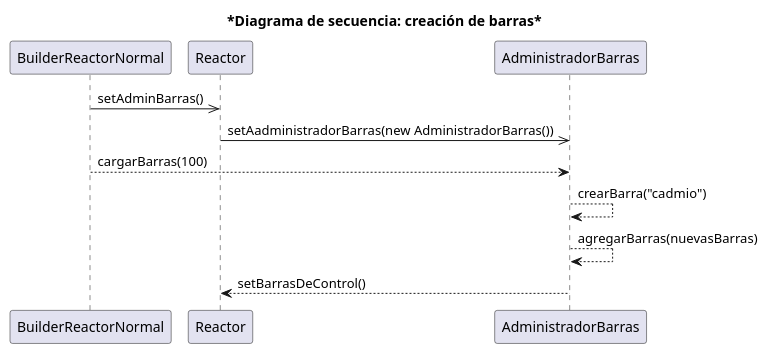
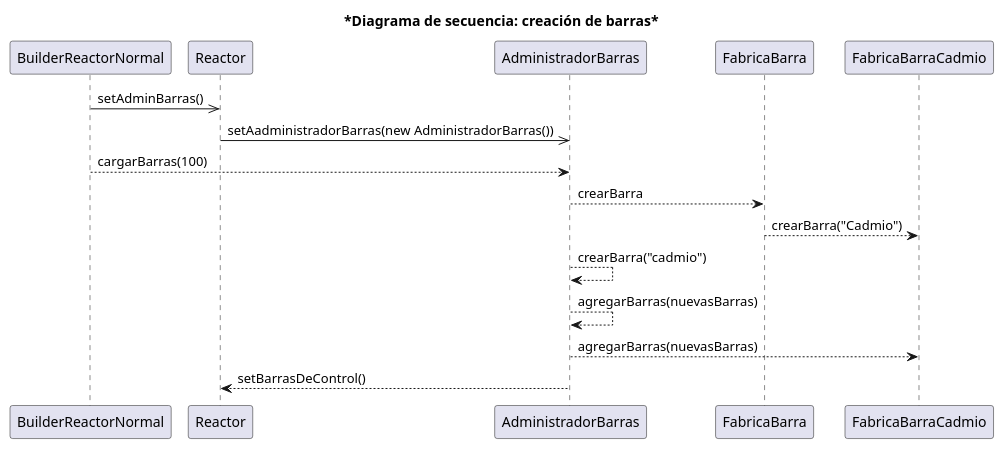
The diagram in diagrams/Secuencia/secuenciaBarras.puml (fmiguezo/reactor_nuclear), drawn with PlantUML before and after one commit.

Commit message:
Cambie el otro diagrama de secuencia

```diff
--- a/diagrams/Secuencia/secuenciaBarras.puml
+++ b/diagrams/Secuencia/secuenciaBarras.puml
@@ -1,16 +1,19 @@
 @startuml SecuenciaBarras
 
 title *Diagrama de secuencia: creación de barras*
 
    participant BuilderReactorNormal
     participant Reactor
     participant AdministradorBarras
 
     BuilderReactorNormal ->> Reactor: setAdminBarras()
     Reactor ->> AdministradorBarras: setAadministradorBarras(new AdministradorBarras())
     BuilderReactorNormal --> AdministradorBarras: cargarBarras(100)
-    AdministradorBarras --> AdministradorBarras: crearBarra("cadmio")
-    AdministradorBarras --> AdministradorBarras: agregarBarras(nuevasBarras)
+    AdministradorBarras --> FabricaBarra: crearBarra
+    FabricaBarra --> FabricaBarraCadmio: crearBarra("Cadmio")
+        AdministradorBarras --> AdministradorBarras: crearBarra("cadmio")
+        AdministradorBarras --> AdministradorBarras: agregarBarras(nuevasBarras)
+    AdministradorBarras --> FabricaBarraCadmio:agregarBarras(nuevasBarras)
     AdministradorBarras --> Reactor: setBarrasDeControl()
 
 @enduml
```
